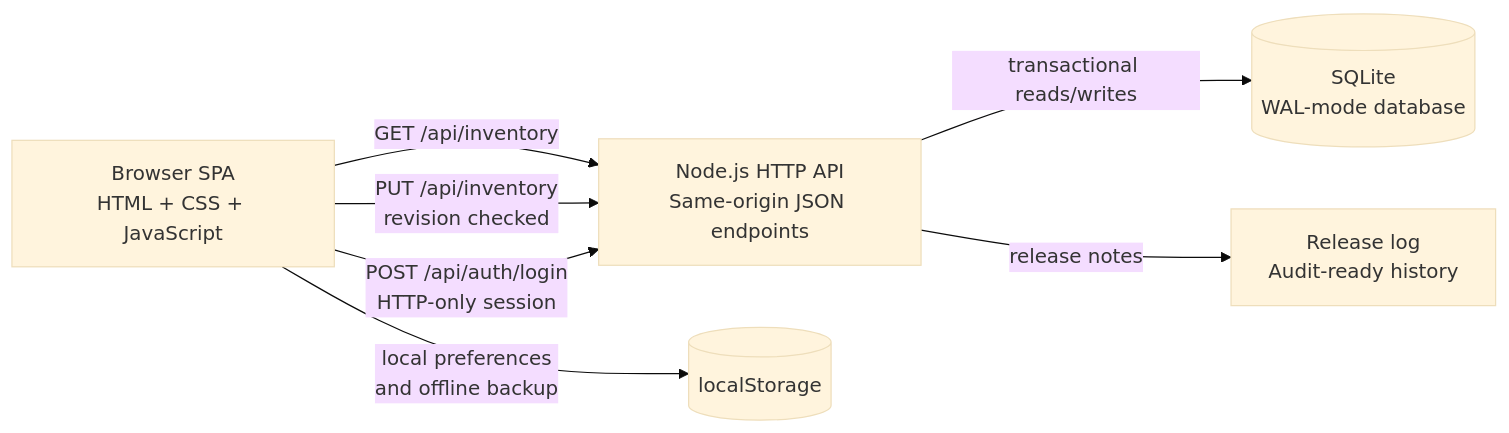
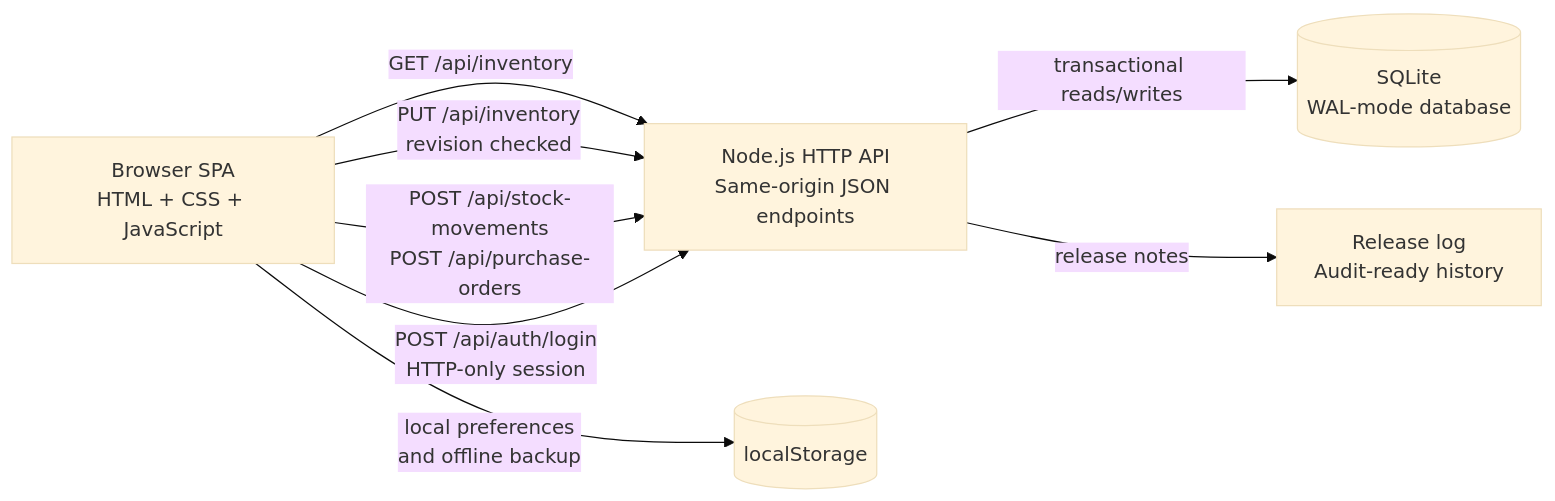
One commit to sgshiv001/inventrack-inventory-management changed the first of 2 diagrams in docs/ARCHITECTURE.md. Above: the diagram before and after it, drawn with Mermaid (base theme). The commit also changed other lines of this file and 13 other files, not shown here.

````diff
--- a/docs/ARCHITECTURE.md
+++ b/docs/ARCHITECTURE.md
@@ -7,14 +7,15 @@
 ```mermaid
 flowchart LR
   Browser[Browser SPA\nHTML + CSS + JavaScript]
   API[Node.js HTTP API\nSame-origin JSON endpoints]
   DB[(SQLite\nWAL-mode database)]
   Log[Release log\nAudit-ready history]
 
   Browser -->|GET /api/inventory| API
   Browser -->|PUT /api/inventory\nrevision checked| API
+  Browser -->|POST /api/stock-movements\nPOST /api/purchase-orders| API
   Browser -->|POST /api/auth/login\nHTTP-only session| API
   API -->|transactional reads/writes| DB
   API -->|release notes| Log
   Browser -->|local preferences\nand offline backup| Local[(localStorage)]
 ```
````
